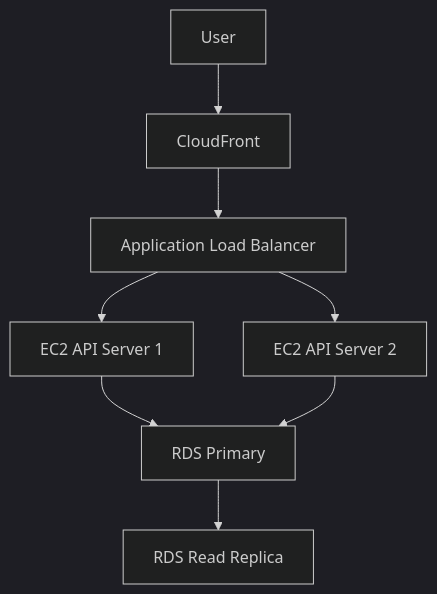
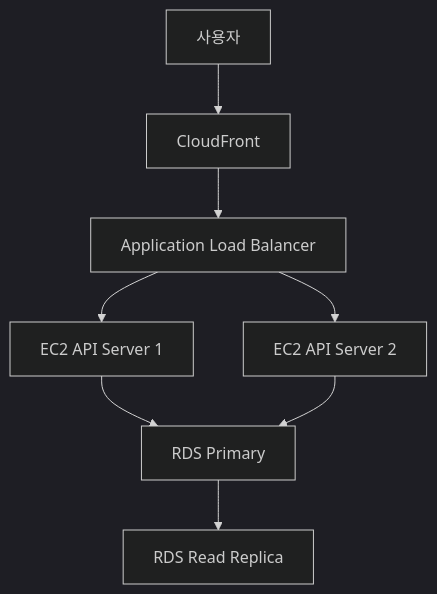
The third of 4 diagrams in README.md (jeongbin5211/saas-wms-demo), drawn with Mermaid (dark theme) before and after one commit. The commit also changed other lines of this file, not shown here.

````diff
--- a/README.md
+++ b/README.md
@@ -536,18 +208,18 @@
 ```mermaid
 flowchart TD
-    USER["User"]
+    USER["사용자"]
     CF["CloudFront"]
     ALB["Application Load Balancer"]
-    EC2A["EC2 API Server 1"]
-    EC2B["EC2 API Server 2"]
+    API1["EC2 API Server 1"]
+    API2["EC2 API Server 2"]
     RDS["RDS Primary"]
     RR["RDS Read Replica"]
 
     USER --> CF
     CF --> ALB
-    ALB --> EC2A
-    ALB --> EC2B
-    EC2A --> RDS
-    EC2B --> RDS
+    ALB --> API1
+    ALB --> API2
+    API1 --> RDS
+    API2 --> RDS
     RDS --> RR
 ```
````
